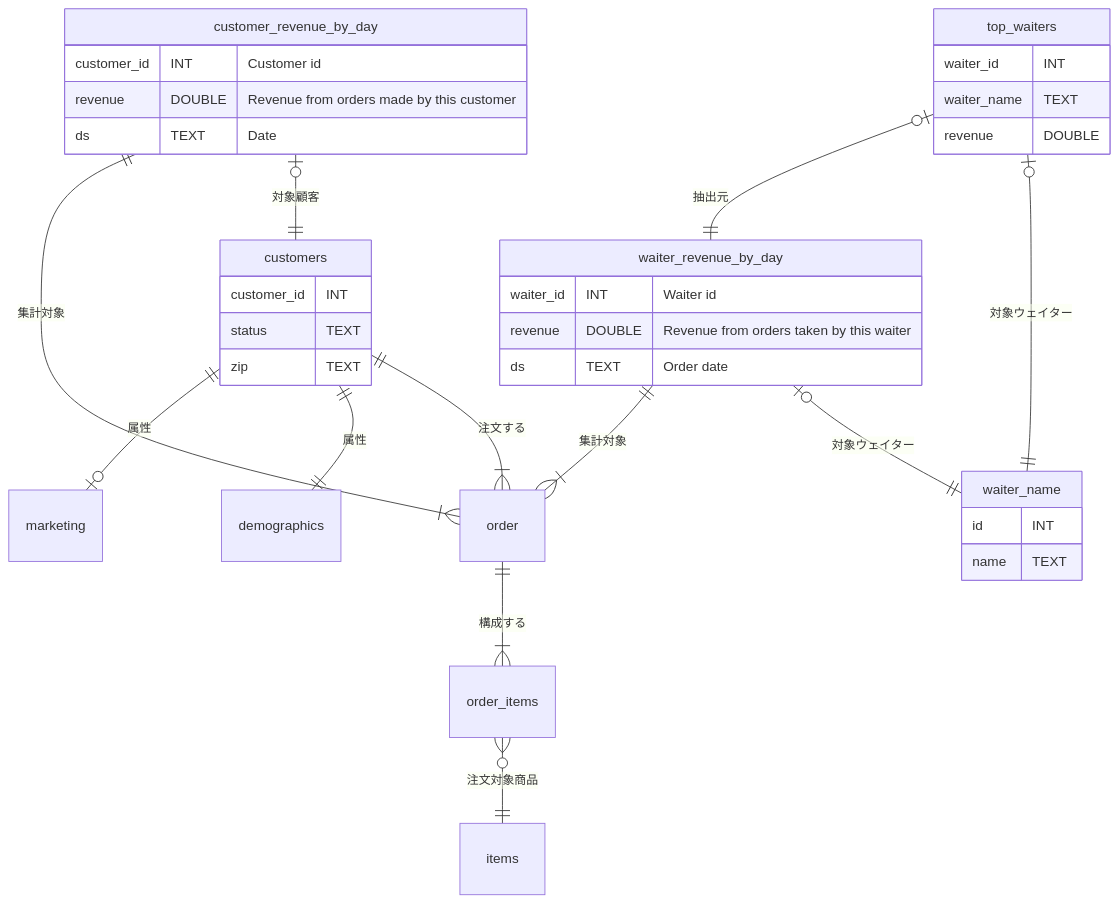
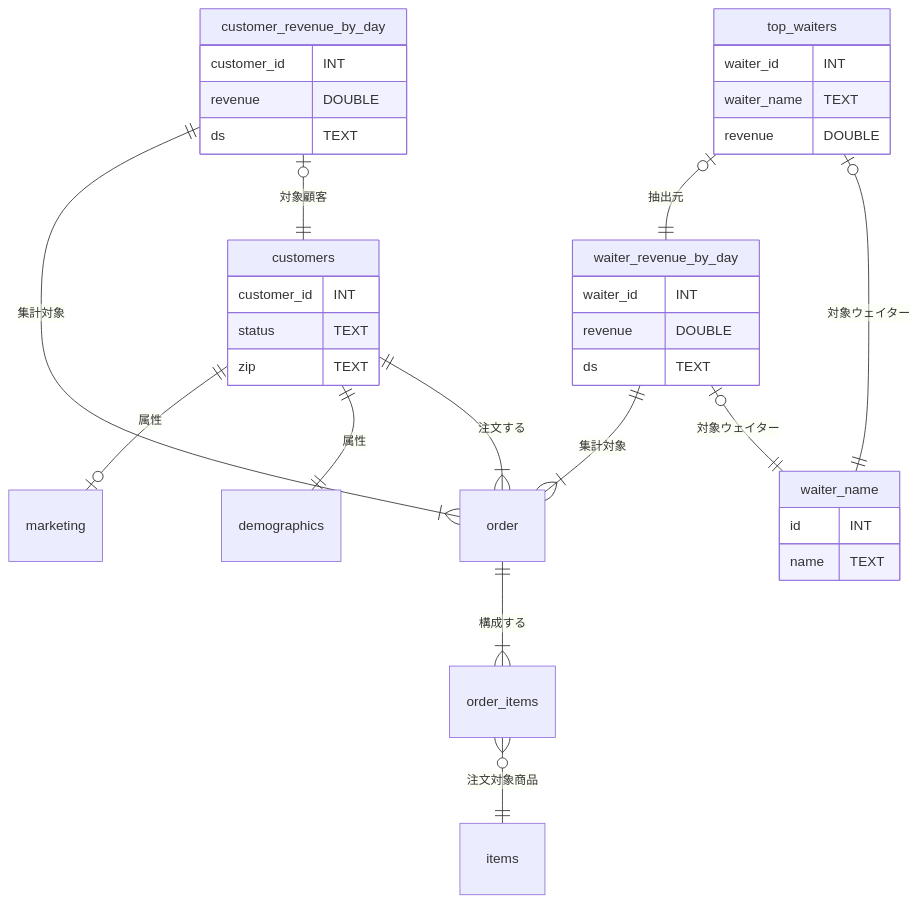
Before and after one commit to take0a/zenn-docs: the second of 2 diagrams in articles/8752f660373534.md, drawn with Mermaid.

Commit message:
ふぁいなる

````diff
--- a/articles/8752f660373534.md
+++ b/articles/8752f660373534.md
@@ -251,48 +251,48 @@
 ```mermaid
 erDiagram
     order ||--|{ order_items : "構成する"
     order_items }o--|| items : "注文対象商品"
     marketing {
     }
     demographics {
     }
     order {
     }
     order_items {
     }
     items {
     }
     waiter_name {
         id INT
         name TEXT
     }
     customers ||--|{ order : "注文する"
     customers ||--|| demographics : "属性"
     customers ||--o| marketing : "属性"
     customers {
         customer_id INT
         status TEXT
         zip TEXT
     }
     customer_revenue_by_day |o--|| customers : "対象顧客"
     customer_revenue_by_day ||--|{ order : "集計対象"
     customer_revenue_by_day {
-        customer_id INT "Customer id"
-        revenue DOUBLE "Revenue from orders made by this customer"
-        ds TEXT "Date"
+        customer_id INT
+        revenue DOUBLE
+        ds TEXT
     }
     waiter_revenue_by_day |o--|| waiter_name : "対象ウェイター"
     waiter_revenue_by_day ||--|{ order : "集計対象"
     waiter_revenue_by_day {
-        waiter_id INT "Waiter id"
-        revenue DOUBLE "Revenue from orders taken by this waiter"
-        ds TEXT "Order date"
+        waiter_id INT
+        revenue DOUBLE
+        ds TEXT
     }
     top_waiters |o--|| waiter_name : "対象ウェイター"
     top_waiters |o--|| waiter_revenue_by_day : "抽出元"
     top_waiters {
         waiter_id INT
         waiter_name TEXT
         revenue DOUBLE
     }
 ```
````
